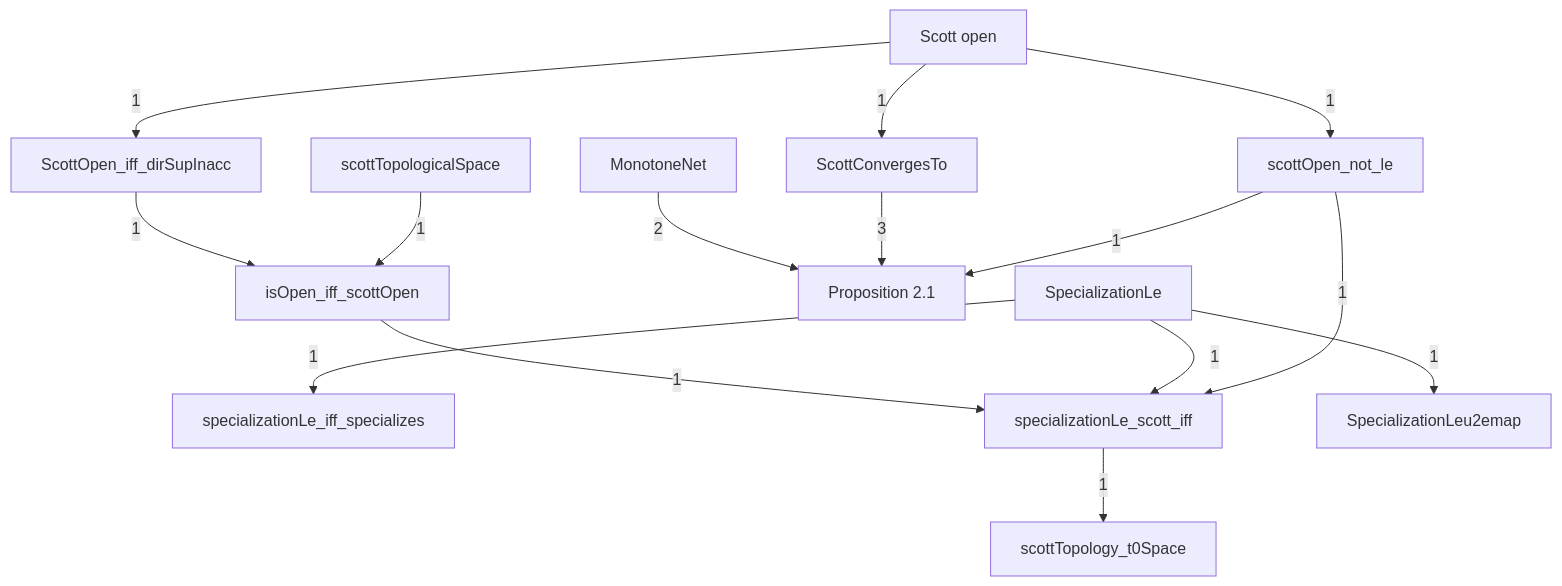
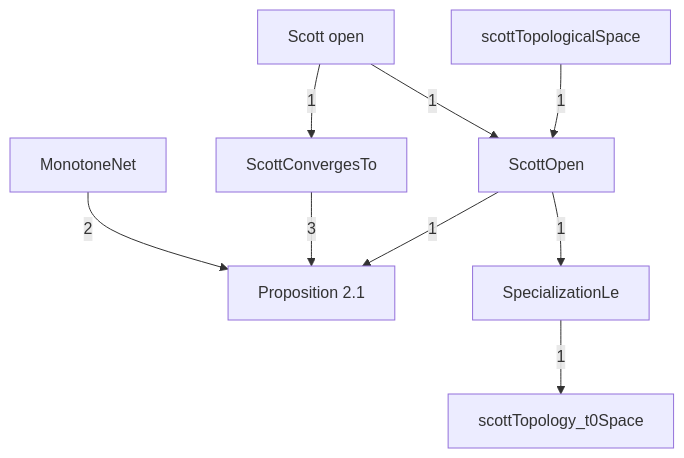
Before and after one commit to catskillsresearch/DomainTheory: the diagram in DomainTheory/ContinuousLattice/Specialization/Specialization.mermaid, drawn with Mermaid. The commit also changed 32 other files, not shown here.

First line of the commit message:
Namespace Specialization Scott-open and specialization-order lemmas.

```diff
--- a/DomainTheory/ContinuousLattice/Specialization/Specialization.mermaid
+++ b/DomainTheory/ContinuousLattice/Specialization/Specialization.mermaid
@@ -1,37 +1,26 @@
 %% Notes of the specialization order, in outline order.
 %% Each box is one outline note from 1972_Specialization_order.md.
 %% Arrowhead on the importer. The number is a direct-import count.
 %% An arrow already implied by a longer path is omitted.
 flowchart TB
 
-  OiSO["isOpen_iff_scottOpen"]
   MN["MonotoneNet"]
   P21["Proposition 2.1"]
   SO["Scott open"]
   SCT["ScottConvergesTo"]
-  SOds["ScottOpen_iff_dirSupInacc"]
-  SOnt["scottOpen_not_le"]
+  SOsp["ScottOpen"]
   STS["scottTopologicalSpace"]
   T0["scottTopology_t0Space"]
   SLe["SpecializationLe"]
-  SlSp["specializationLe_iff_specializes"]
-  SlSc["specializationLe_scott_iff"]
-  SLeu["SpecializationLeu2emap"]
 
-  SOds -->|"1"| OiSO
-  STS -->|"1"| OiSO
   MN -->|"2"| P21
   SCT -->|"3"| P21
-  SOnt -->|"1"| P21
+  SOsp -->|"1"| P21
   SO -->|"1"| SCT
-  SLe -->|"1"| SLeu
-  SO -->|"1"| SOds
-  SO -->|"1"| SOnt
-  OiSO -->|"1"| SlSc
-  SLe -->|"1"| SlSc
-  SOnt -->|"1"| SlSc
-  SLe -->|"1"| SlSp
-  SlSc -->|"1"| T0
+  SOsp -->|"1"| SLe
+  SO -->|"1"| SOsp
+  STS -->|"1"| SOsp
+  SLe -->|"1"| T0
 
   classDef file fill:#dbeafe,stroke:#1d4ed8,color:#1e3a8a
   classDef ext fill:#f3f4f6,stroke:#374151,color:#111827
```
